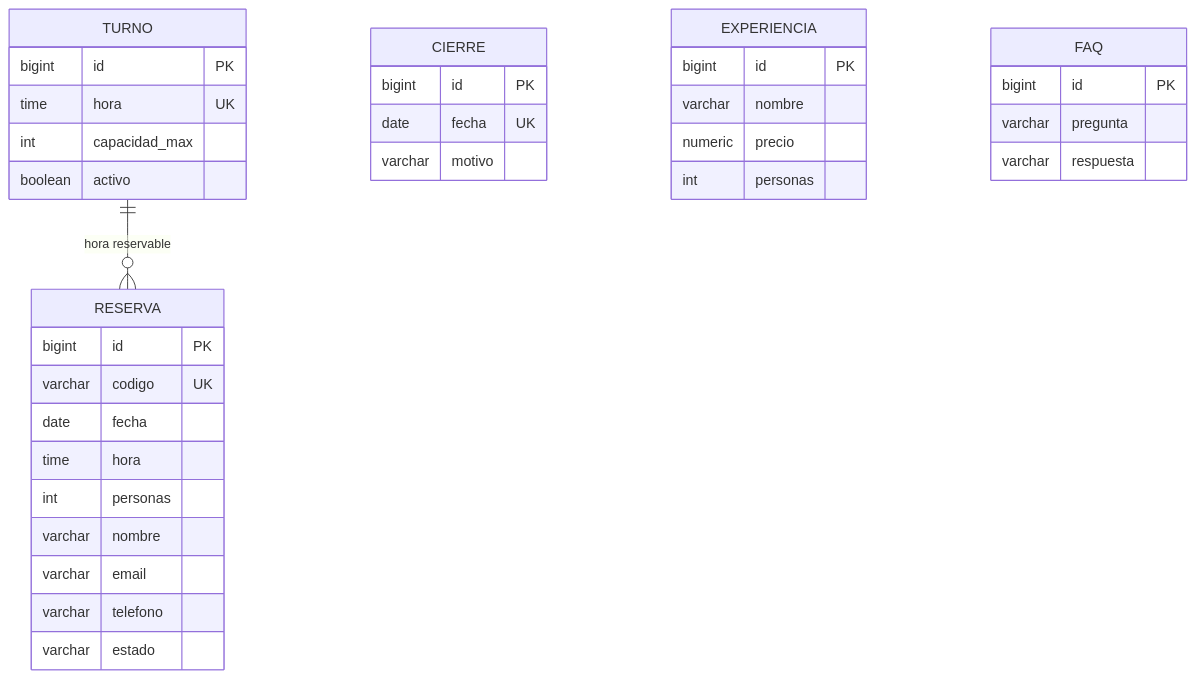
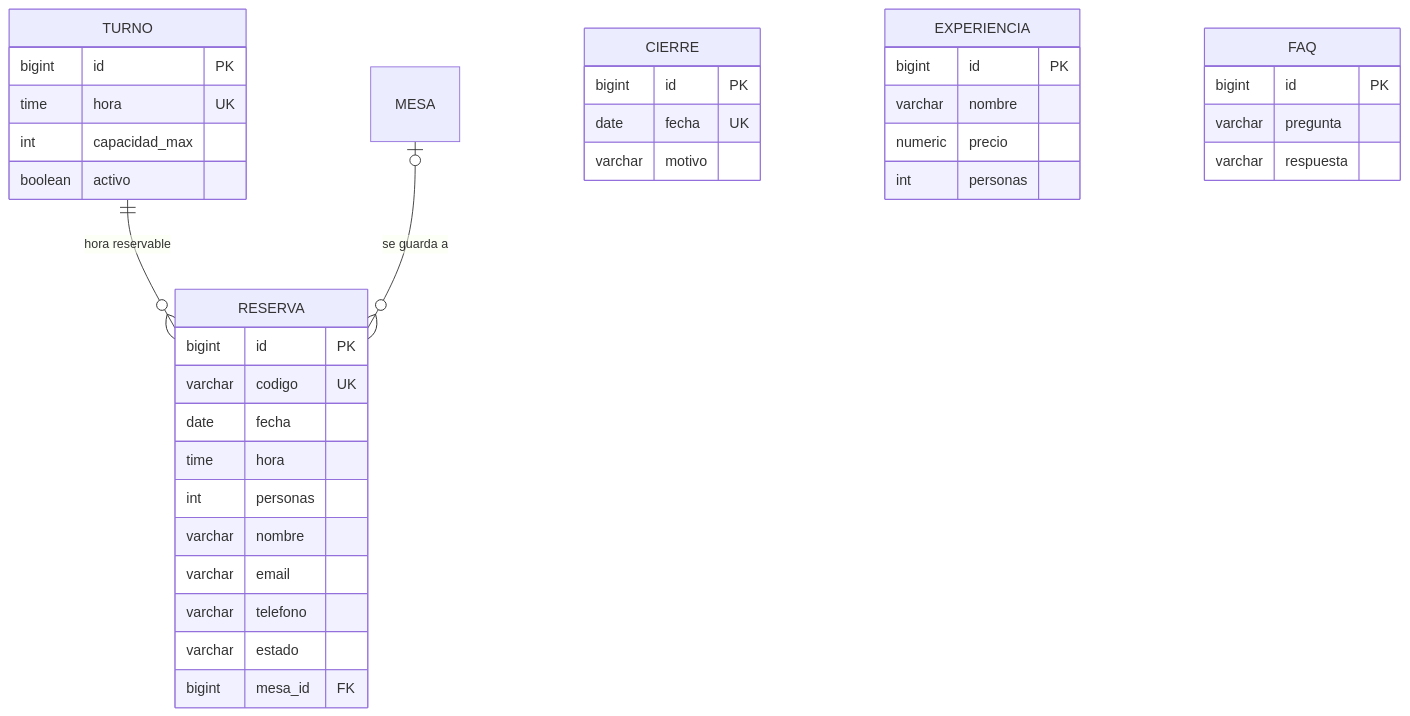
Before and after one commit to DAE2026-2/sakura: the second of 3 diagrams in docs/base-de-datos.md, drawn with Mermaid. The commit also changed other lines of this file and 21 other files, not shown here.

First line of the commit message:
feat(reservas): mesa asignada a cada reserva y mesas reservadas

````diff
--- a/docs/base-de-datos.md
+++ b/docs/base-de-datos.md
@@ -71,27 +71,29 @@
 ```mermaid
 erDiagram
     TURNO ||--o{ RESERVA : "hora reservable"
+    MESA |o--o{ RESERVA : "se guarda a"
     TURNO { bigint id PK
         time hora UK
         int capacidad_max
         boolean activo }
     CIERRE { bigint id PK
         date fecha UK
         varchar motivo }
     RESERVA { bigint id PK
         varchar codigo UK
         date fecha
         time hora
         int personas
         varchar nombre
         varchar email
         varchar telefono
-        varchar estado }
+        varchar estado
+        bigint mesa_id FK }
     EXPERIENCIA { bigint id PK
         varchar nombre
         numeric precio
         int personas }
     FAQ { bigint id PK
         varchar pregunta
         varchar respuesta }
 ```
````
